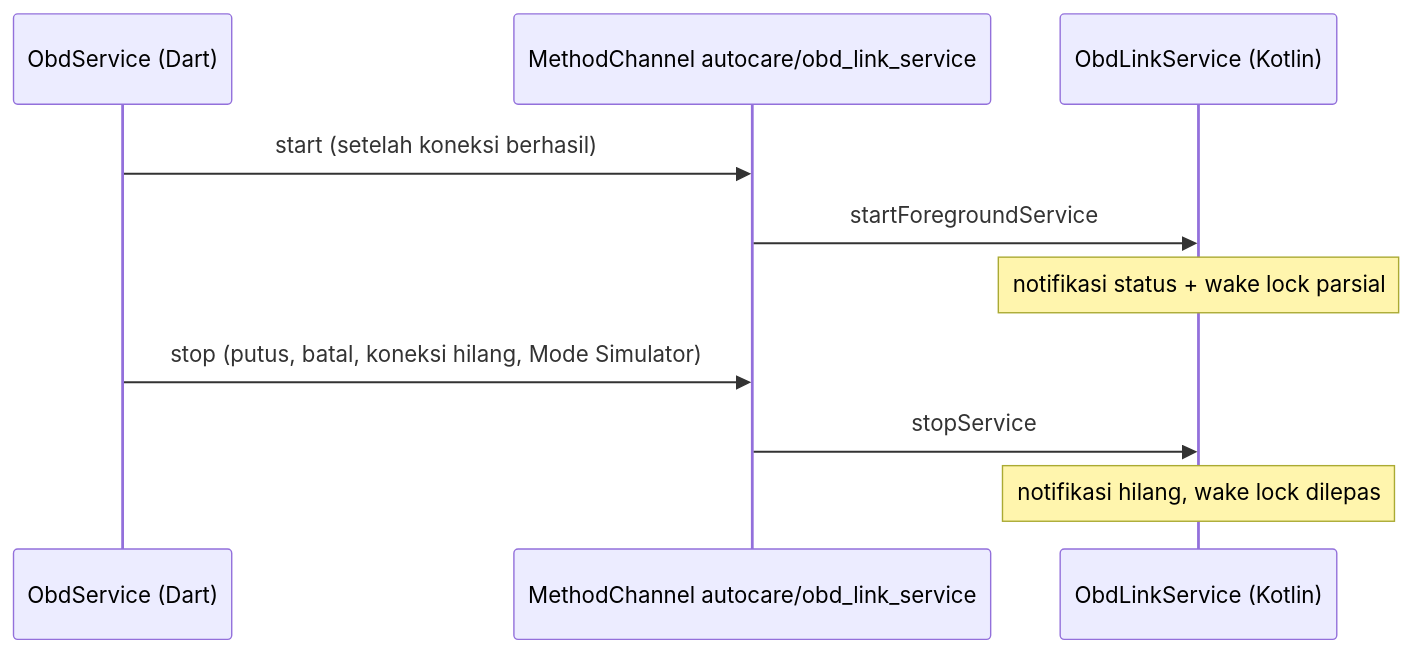
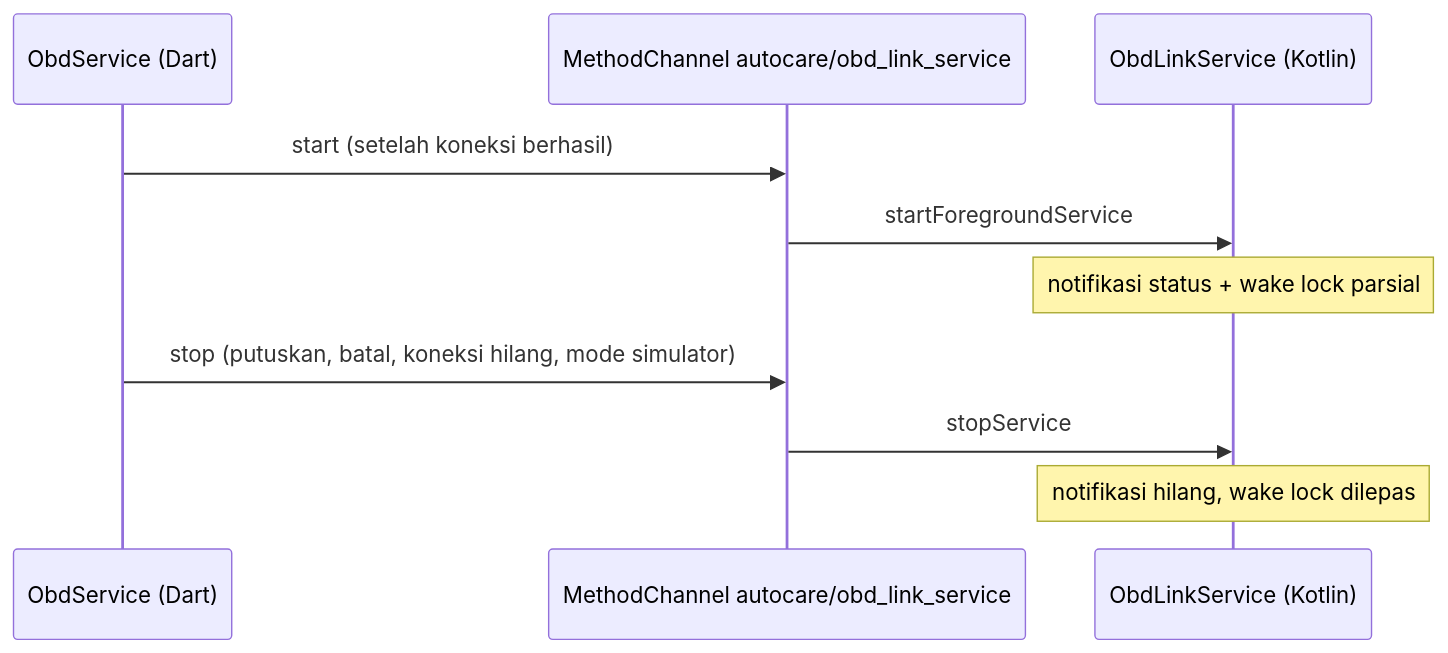
The ninth of 9 diagrams in docs/alur-kerja.md (RulyOctareza/OBD-Scanner), drawn with Mermaid before and after one commit. The commit also changed other lines of this file and 13 other files, not shown here.

````diff
--- a/docs/alur-kerja.md
+++ b/docs/alur-kerja.md
@@ -319,12 +319,12 @@
 ```mermaid
 sequenceDiagram
     participant O as ObdService (Dart)
     participant C as MethodChannel autocare/obd_link_service
     participant F as ObdLinkService (Kotlin)
     O->>C: start (setelah koneksi berhasil)
     C->>F: startForegroundService
     Note over F: notifikasi status + wake lock parsial
-    O->>C: stop (putus, batal, koneksi hilang, Mode Simulator)
+    O->>C: stop (putuskan, batal, koneksi hilang, mode simulator)
     C->>F: stopService
     Note over F: notifikasi hilang, wake lock dilepas
 ```
````
